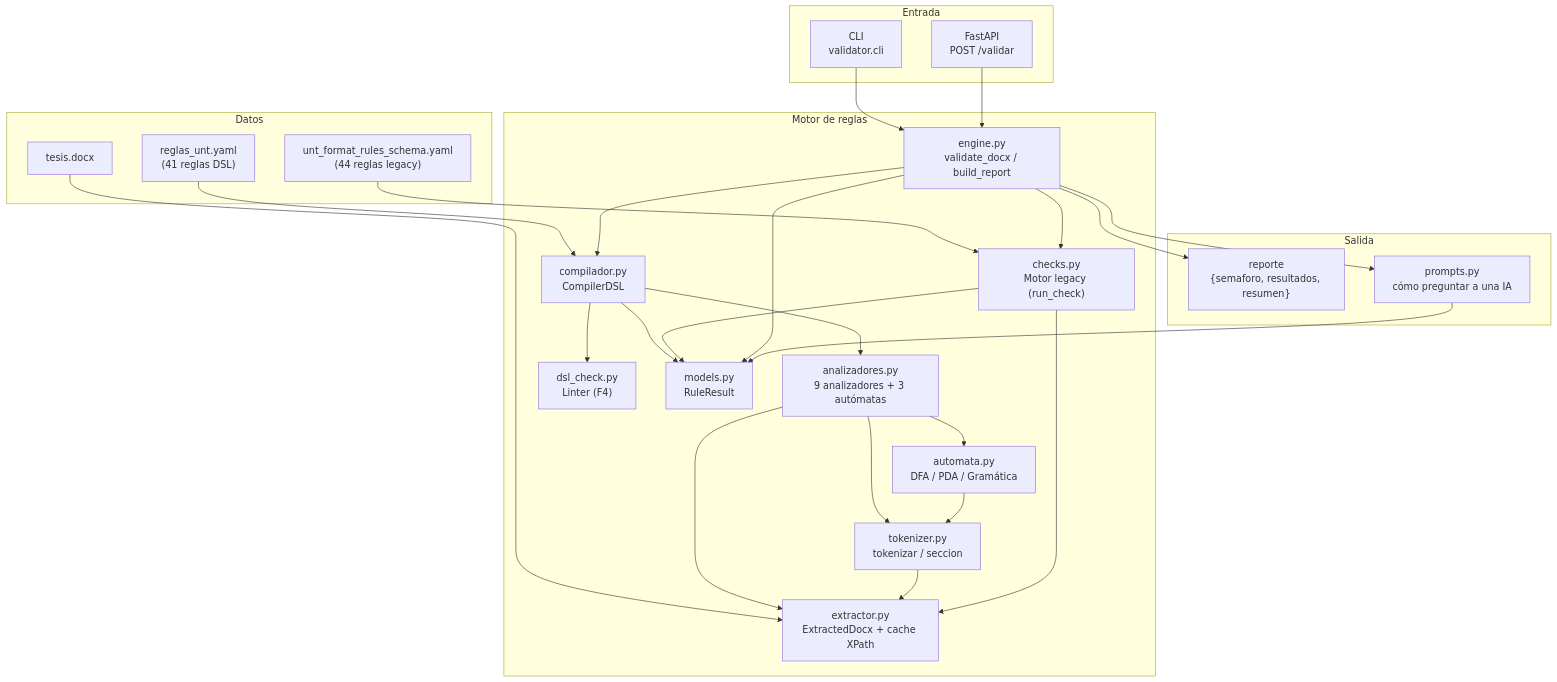
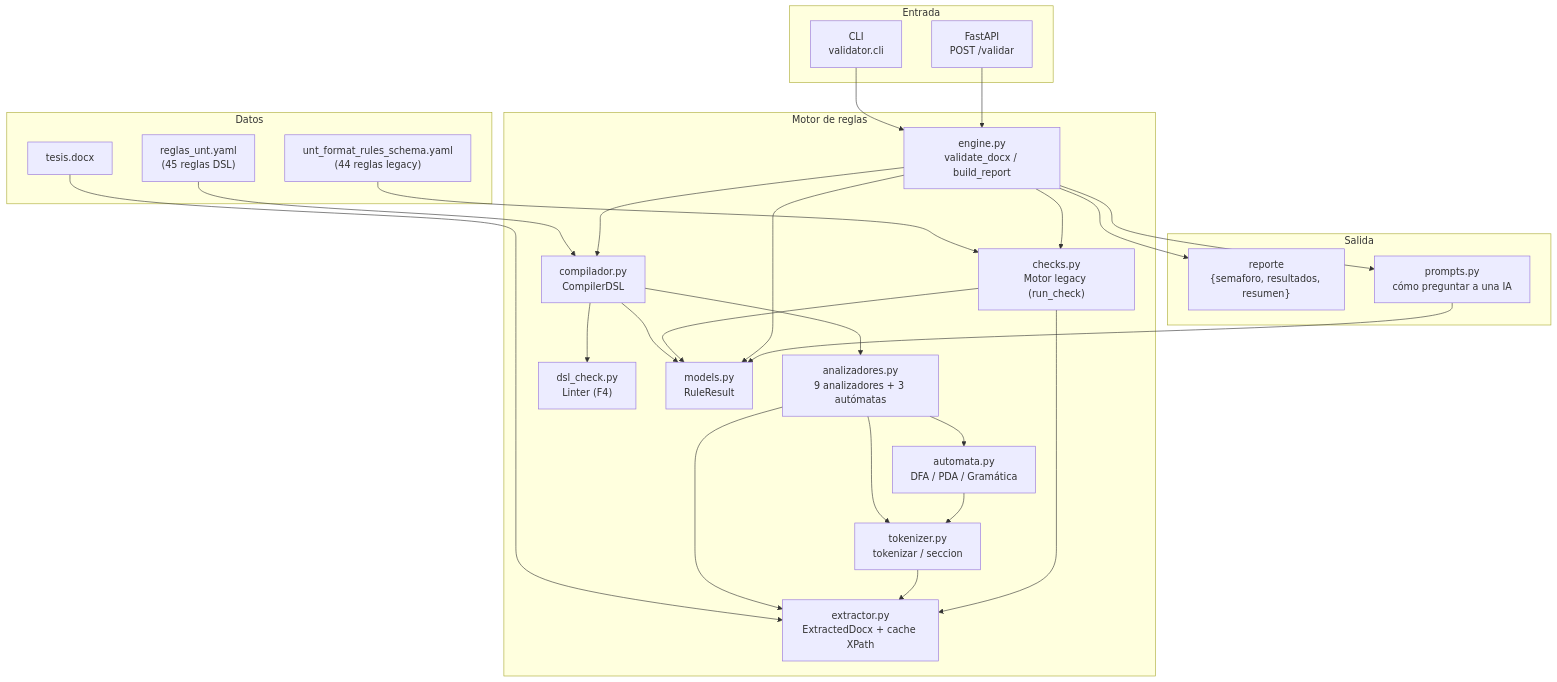
Before and after one commit to IvanSanchezSil/vistobueno: the first of 7 diagrams in docs/diseno/01_arq_motor.md, drawn with Mermaid. The commit also changed other lines of this file and 12 other files, not shown here.

Commit message:
docs: sincronizar documentación con las 45 reglas (DSL, d:isero, AGENTS, ejemplo de respuesta)

````diff
--- a/docs/diseno/01_arq_motor.md
+++ b/docs/diseno/01_arq_motor.md
@@ -29,54 +29,54 @@
 ```mermaid
 flowchart TB
     subgraph ENTRADA["Entrada"]
         CLIENTE["CLI<br/>validator.cli"]
         API["FastAPI<br/>POST /validar"]
     end
 
     subgraph MOTOR["Motor de reglas"]
         ENG["engine.py<br/>validate_docx / build_report"]
         CHK["checks.py<br/>Motor legacy (run_check)"]
         COMP["compilador.py<br/>CompilerDSL"]
         ANAL["analizadores.py<br/>9 analizadores + 3 autómatas"]
         LINT["dsl_check.py<br/>Linter (F4)"]
         AUT["automata.py<br/>DFA / PDA / Gramática"]
         TOK["tokenizer.py<br/>tokenizar / seccion"]
         EXT["extractor.py<br/>ExtractedDocx + cache XPath"]
         MOD["models.py<br/>RuleResult"]
     end
 
     subgraph DATOS["Datos"]
         YAML_LEGACY["unt_format_rules_schema.yaml<br/>(44 reglas legacy)"]
-        YAML_DSL["reglas_unt.yaml<br/>(41 reglas DSL)"]
+        YAML_DSL["reglas_unt.yaml<br/>(45 reglas DSL)"]
         DOCX["tesis.docx"]
     end
 
     subgraph SALIDA["Salida"]
         REP["reporte<br/>{semaforo, resultados, resumen}"]
         PROMPTS["prompts.py<br/>cómo preguntar a una IA"]
     end
 
     CLIENTE --> ENG
     API --> ENG
     DOCX --> EXT
     YAML_LEGACY --> CHK
     YAML_DSL --> COMP
 
     ENG --> CHK
     ENG --> COMP
     COMP --> LINT
     COMP --> ANAL
     ANAL --> AUT
     ANAL --> TOK
     AUT --> TOK
     ANAL --> EXT
     TOK --> EXT
     CHK --> EXT
     COMP --> MOD
     CHK --> MOD
     ENG --> MOD
 
     ENG --> REP
     ENG --> PROMPTS
     PROMPTS --> MOD
 ```
````
